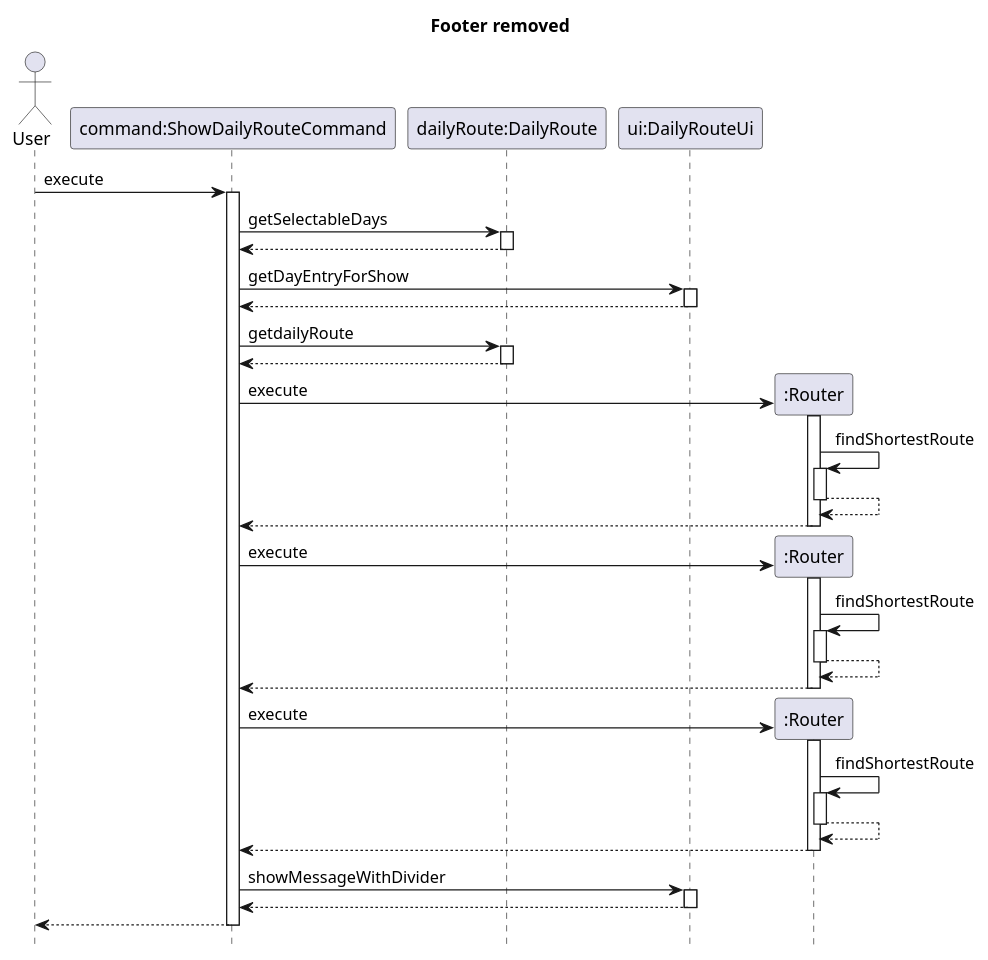
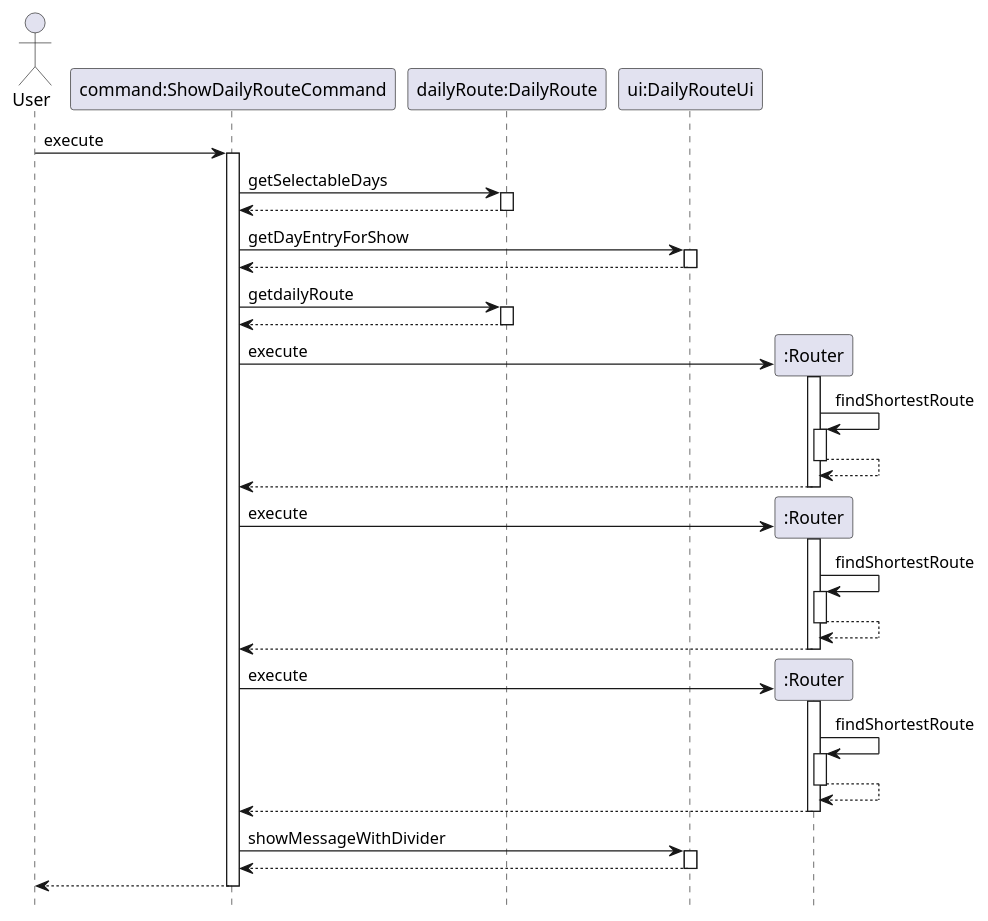
The diagram in docs/showday.puml (nus-cs2113-AY2021S2/tp), drawn with PlantUML before and after one commit. The commit also changed 7 other files, not shown here.

Commit message:
removed unused header from sequence diagrams fixed wrong inheritance arrow in router diagram

```diff
--- a/docs/showday.puml
+++ b/docs/showday.puml
@@ -1,49 +1,49 @@
 @startuml
 hide footbox
-title Footer removed
+
 actor User
 User -> "command:ShowDailyRouteCommand" : execute
 activate "command:ShowDailyRouteCommand"
 "command:ShowDailyRouteCommand" -> "dailyRoute:DailyRoute" : getSelectableDays
 activate "dailyRoute:DailyRoute"
 return
 deactivate "dailyRoute:DailyRoute"
 "command:ShowDailyRouteCommand" -> "ui:DailyRouteUi" : getDayEntryForShow
 activate "ui:DailyRouteUi"
 return
 deactivate "ui:DailyRouteUi"
 "command:ShowDailyRouteCommand" -> "dailyRoute:DailyRoute" : getdailyRoute
 activate "dailyRoute:DailyRoute"
 return
 deactivate "dailyRoute:DailyRoute"
 
 create ":Router"
 "command:ShowDailyRouteCommand" -> ":Router" : execute
 activate ":Router"
 ":Router" -> ":Router" : findShortestRoute
 activate ":Router"
 return
 return
 
 create ":Router"
 "command:ShowDailyRouteCommand" -> ":Router" : execute
 activate ":Router"
 ":Router" -> ":Router" : findShortestRoute
 activate ":Router"
 return
 return
 create ":Router"
 "command:ShowDailyRouteCommand" -> ":Router" : execute
 activate ":Router"
 ":Router" -> ":Router" : findShortestRoute
 activate ":Router"
 return
 return
 
 "command:ShowDailyRouteCommand" -> "ui:DailyRouteUi": showMessageWithDivider
 activate "ui:DailyRouteUi"
 return
 deactivate "ui:DailyRouteUi"
 "command:ShowDailyRouteCommand" --> User
 deactivate "command:ShowDailyRouteCommand"
 @enduml
```
